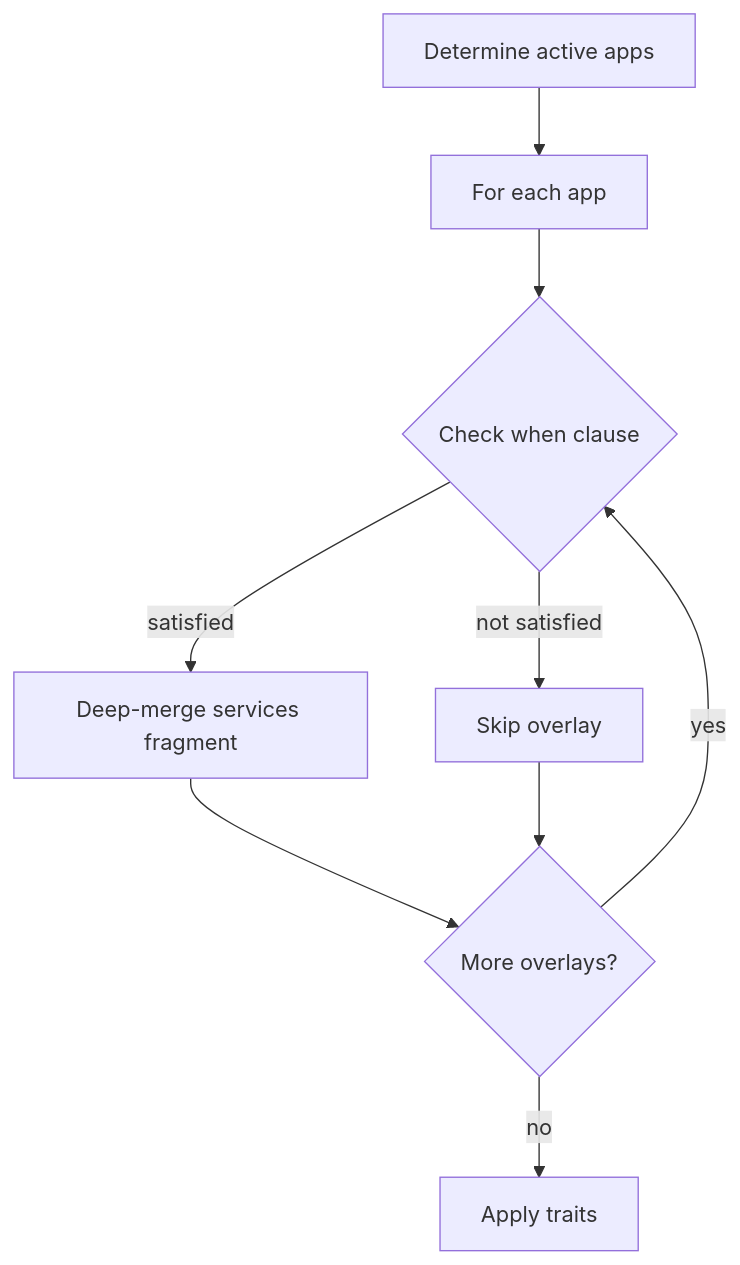
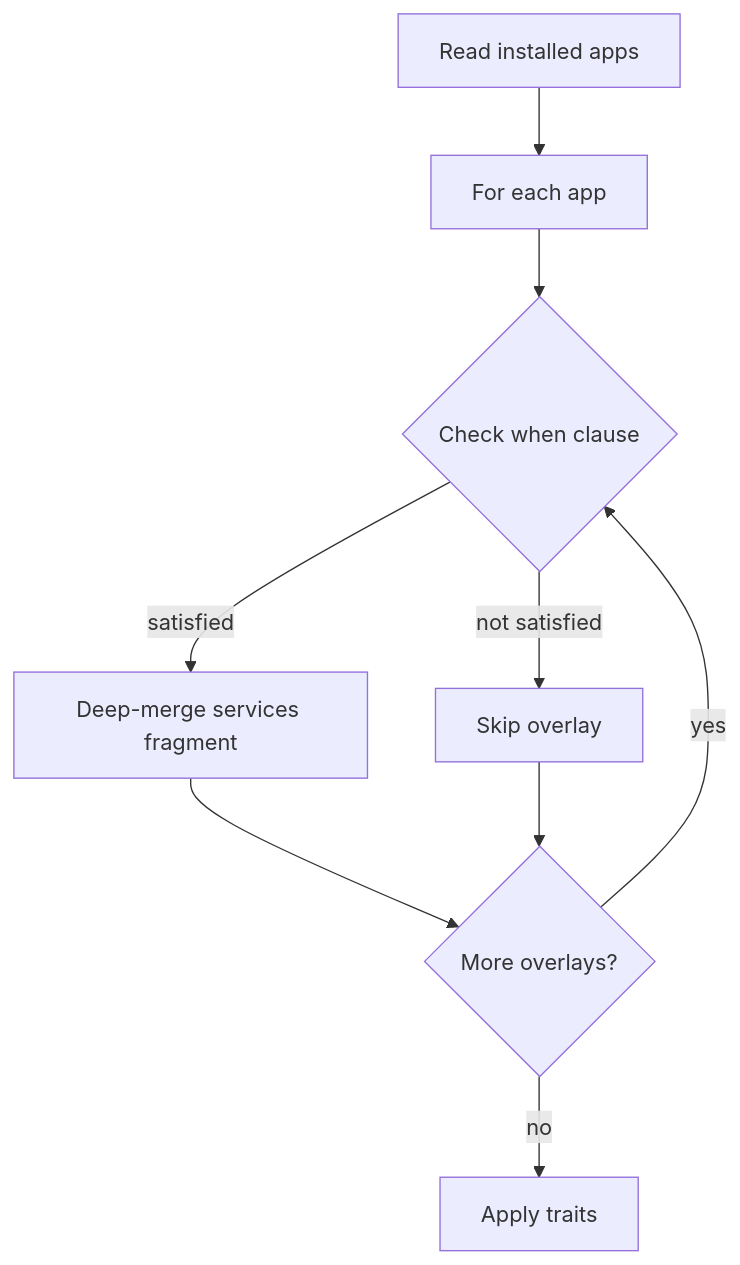
The diagram in docs/guide/overlays.qmd (kundeng/appbay-cli), drawn with Mermaid before and after one commit. The commit also changed other lines of this file, not shown here.

````diff
--- a/docs/guide/overlays.qmd
+++ b/docs/guide/overlays.qmd
@@ -102,11 +131,11 @@
 ```{mermaid}
 flowchart TD
-    A[Determine active apps] --> B[For each app]
+    A[Read installed apps] --> B[For each app]
     B --> C{Check when clause}
     C -->|satisfied| D[Deep-merge services fragment]
     C -->|not satisfied| E[Skip overlay]
     D --> F{More overlays?}
     E --> F
     F -->|yes| C
     F -->|no| G[Apply traits]
 ```
````
